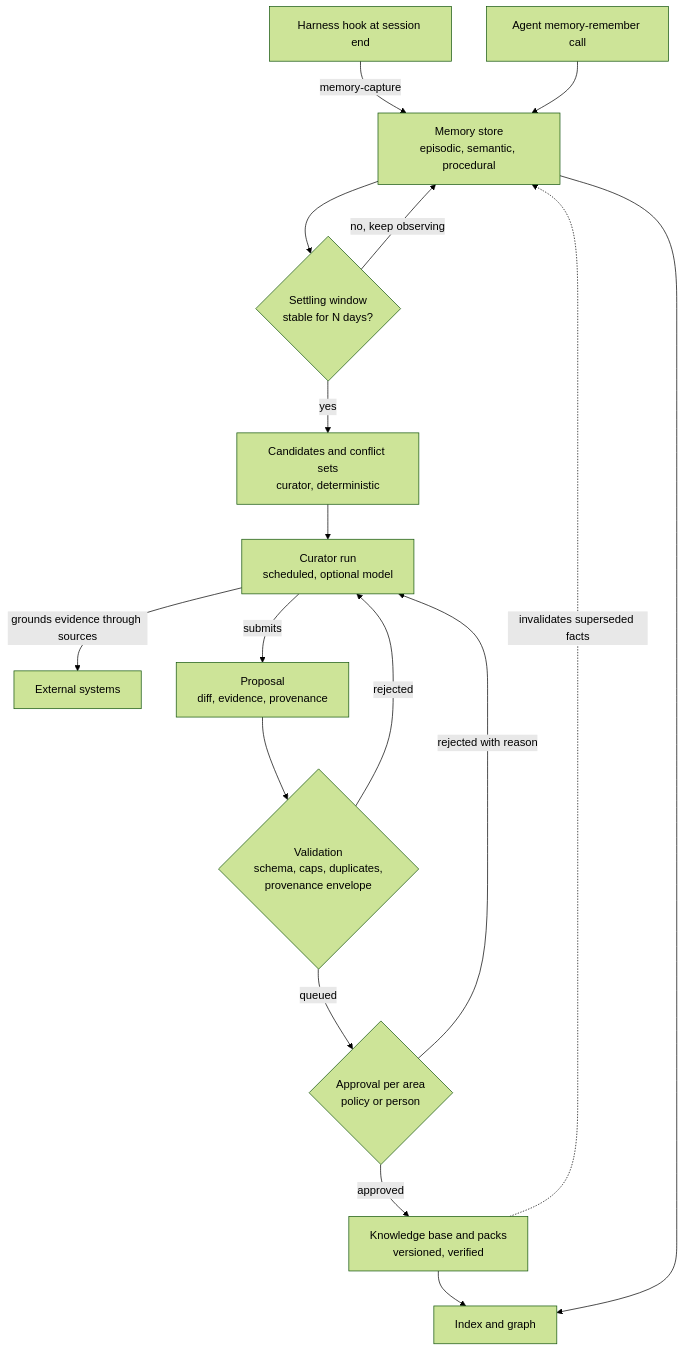
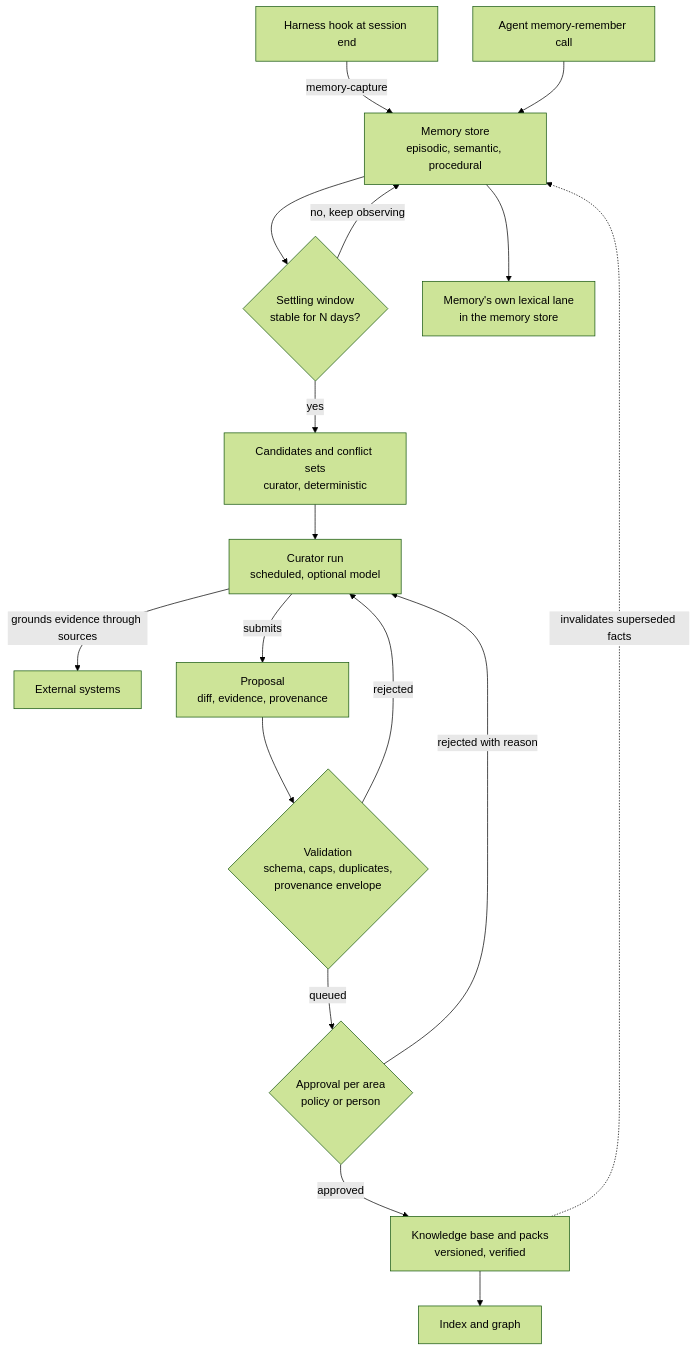
The fifth of 6 diagrams in endpoints/umbel/docs/architecture.md (lushly-dev/afd), drawn with Mermaid (forest theme) before and after one commit. The commit also changed other lines of this file and 4 other files, not shown here.

````diff
--- a/endpoints/umbel/docs/architecture.md
+++ b/endpoints/umbel/docs/architecture.md
@@ -409,19 +415,19 @@
 ```mermaid
 flowchart TD
     H["Harness hook at session end"] -->|memory-capture| M["Memory store<br/>episodic, semantic, procedural"]
     A["Agent memory-remember call"] --> M
     M --> W{"Settling window<br/>stable for N days?"}
     W -->|no, keep observing| M
     W -->|yes| K["Candidates and conflict sets<br/>curator, deterministic"]
     K --> U["Curator run<br/>scheduled, optional model"]
     U -->|grounds evidence through sources| X["External systems"]
     U -->|submits| P["Proposal<br/>diff, evidence, provenance"]
     P --> V{"Validation<br/>schema, caps, duplicates,<br/>provenance envelope"}
     V -->|rejected| U
     V -->|queued| R{"Approval per area<br/>policy or person"}
     R -->|rejected with reason| U
     R -->|approved| KB["Knowledge base and packs<br/>versioned, verified"]
     KB --> I["Index and graph"]
-    M --> I
+    M --> ML["Memory's own lexical lane<br/>in the memory store"]
     KB -. invalidates superseded facts .-> M
 ```
````
